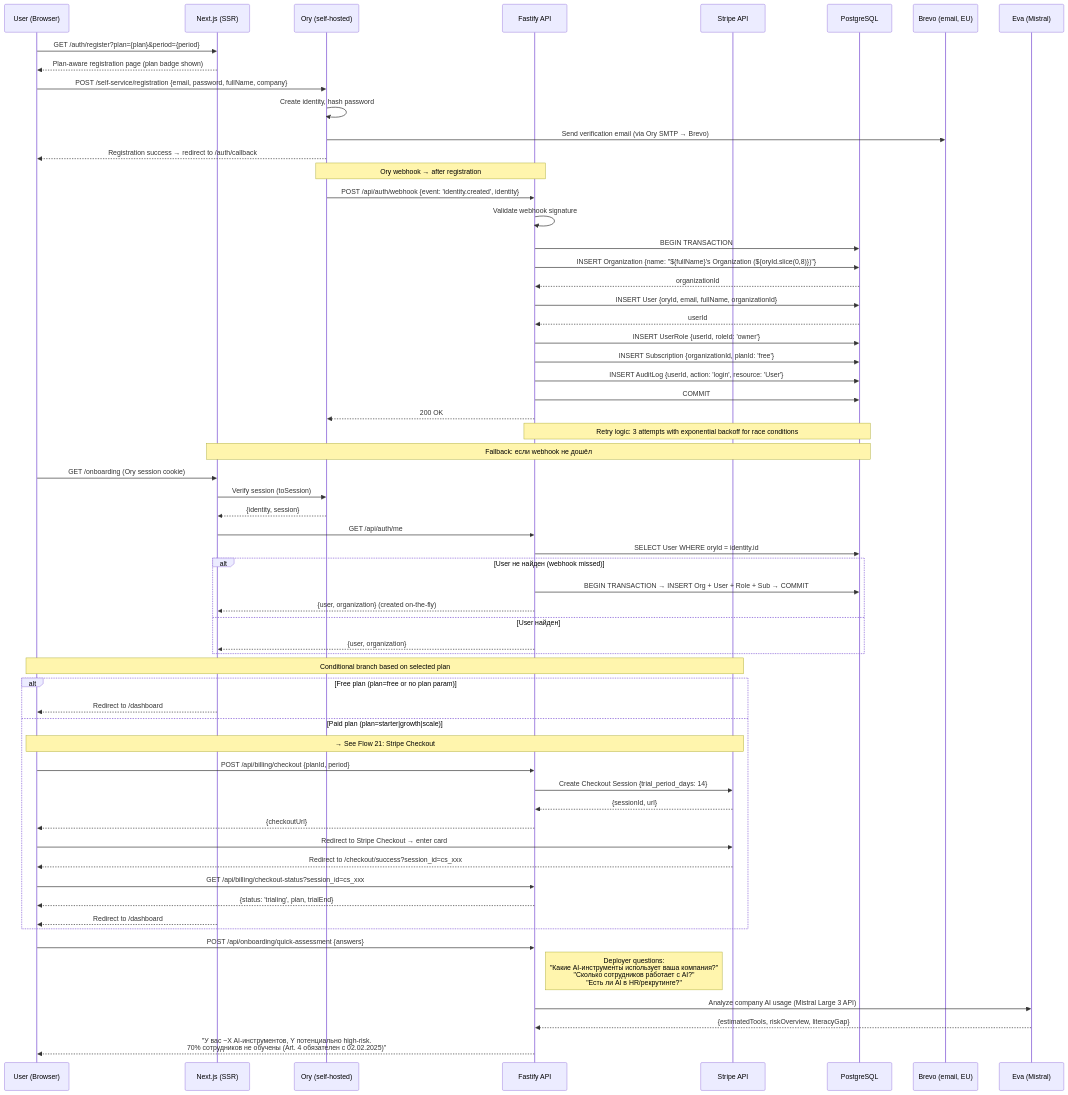
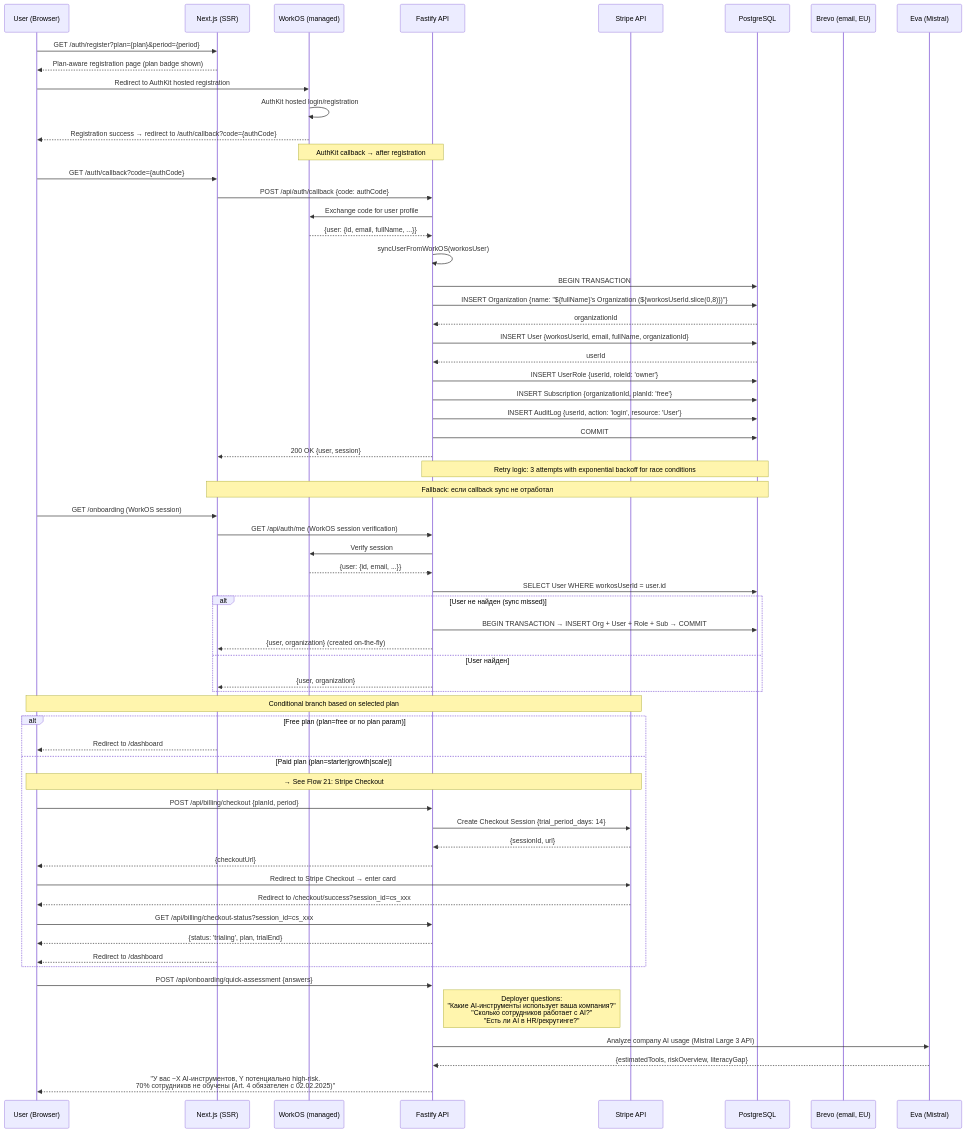
The first of 26 diagrams in docs/DATA-FLOWS.md (complior/complior), drawn with Mermaid before and after one commit. The commit also changed other lines of this file and 133 other files, not shown here.

````diff
--- a/docs/DATA-FLOWS.md
+++ b/docs/DATA-FLOWS.md
@@ -25,71 +27,73 @@
 ```mermaid
 sequenceDiagram
     participant User as User (Browser)
     participant Next as Next.js (SSR)
-    participant Ory as Ory (self-hosted)
+    participant WorkOS as WorkOS (managed)
     participant API as Fastify API
     participant Stripe as Stripe API
     participant DB as PostgreSQL
     participant Brevo as Brevo (email, EU)
     participant Eva as Eva (Mistral)
 
     User->>Next: GET /auth/register?plan={plan}&period={period}
     Next-->>User: Plan-aware registration page (plan badge shown)
 
-    User->>Ory: POST /self-service/registration {email, password, fullName, company}
-    Ory->>Ory: Create identity, hash password
-    Ory->>Brevo: Send verification email (via Ory SMTP → Brevo)
-    Ory-->>User: Registration success → redirect to /auth/callback
+    User->>WorkOS: Redirect to AuthKit hosted registration
+    WorkOS->>WorkOS: AuthKit hosted login/registration
+    WorkOS-->>User: Registration success → redirect to /auth/callback?code={authCode}
 
-    Note over Ory,API: Ory webhook → after registration
-    Ory->>API: POST /api/auth/webhook {event: 'identity.created', identity}
-    API->>API: Validate webhook signature
+    Note over WorkOS,API: AuthKit callback → after registration
+    User->>Next: GET /auth/callback?code={authCode}
+    Next->>API: POST /api/auth/callback {code: authCode}
+    API->>WorkOS: Exchange code for user profile
+    WorkOS-->>API: {user: {id, email, fullName, ...}}
+    API->>API: syncUserFromWorkOS(workosUser)
     API->>DB: BEGIN TRANSACTION
-    API->>DB: INSERT Organization {name: "${fullName}'s Organization (${oryId.slice(0,8)})"}
+    API->>DB: INSERT Organization {name: "${fullName}'s Organization (${workosUserId.slice(0,8)})"}
     DB-->>API: organizationId
-    API->>DB: INSERT User {oryId, email, fullName, organizationId}
+    API->>DB: INSERT User {workosUserId, email, fullName, organizationId}
     DB-->>API: userId
     API->>DB: INSERT UserRole {userId, roleId: 'owner'}
     API->>DB: INSERT Subscription {organizationId, planId: 'free'}
     API->>DB: INSERT AuditLog {userId, action: 'login', resource: 'User'}
     API->>DB: COMMIT
-    API-->>Ory: 200 OK
+    API-->>Next: 200 OK {user, session}
 
     Note over API,DB: Retry logic: 3 attempts with exponential backoff for race conditions
 
-    Note over Next,DB: Fallback: если webhook не дошёл
-    User->>Next: GET /onboarding (Ory session cookie)
-    Next->>Ory: Verify session (toSession)
-    Ory-->>Next: {identity, session}
-    Next->>API: GET /api/auth/me
-    API->>DB: SELECT User WHERE oryId = identity.id
-    alt User не найден (webhook missed)
+    Note over Next,DB: Fallback: если callback sync не отработал
+    User->>Next: GET /onboarding (WorkOS session)
+    Next->>API: GET /api/auth/me (WorkOS session verification)
+    API->>WorkOS: Verify session
+    WorkOS-->>API: {user: {id, email, ...}}
+    API->>DB: SELECT User WHERE workosUserId = user.id
+    alt User не найден (sync missed)
         API->>DB: BEGIN TRANSACTION → INSERT Org + User + Role + Sub → COMMIT
         API-->>Next: {user, organization} (created on-the-fly)
     else User найден
         API-->>Next: {user, organization}
     end
 
     Note over User,Stripe: Conditional branch based on selected plan
 
     alt Free plan (plan=free or no plan param)
         Next-->>User: Redirect to /dashboard
     else Paid plan (plan=starter|growth|scale)
         Note over User,Stripe: → See Flow 21: Stripe Checkout
         User->>API: POST /api/billing/checkout {planId, period}
         API->>Stripe: Create Checkout Session {trial_period_days: 14}
         Stripe-->>API: {sessionId, url}
         API-->>User: {checkoutUrl}
         User->>Stripe: Redirect to Stripe Checkout → enter card
         Stripe-->>User: Redirect to /checkout/success?session_id=cs_xxx
         User->>API: GET /api/billing/checkout-status?session_id=cs_xxx
         API-->>User: {status: 'trialing', plan, trialEnd}
         Next-->>User: Redirect to /dashboard
     end
 
     User->>API: POST /api/onboarding/quick-assessment {answers}
     Note right of API: Deployer questions:<br/>"Какие AI-инструменты использует ваша компания?"<br/>"Сколько сотрудников работает с AI?"<br/>"Есть ли AI в HR/рекрутинге?"
     API->>Eva: Analyze company AI usage (Mistral Large 3 API)
     Eva-->>API: {estimatedTools, riskOverview, literacyGap}
     API-->>User: "У вас ~X AI-инструментов, Y потенциально high-risk.<br/>70% сотрудников не обучены (Art. 4 обязателен с 02.02.2025)"
 ```
````
